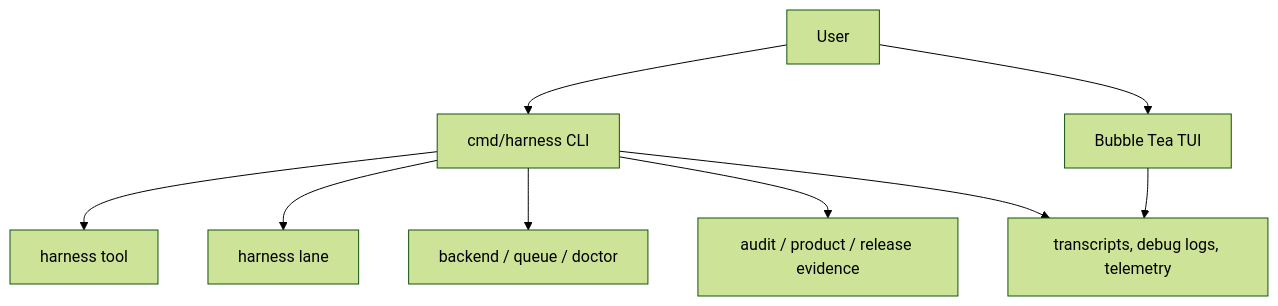
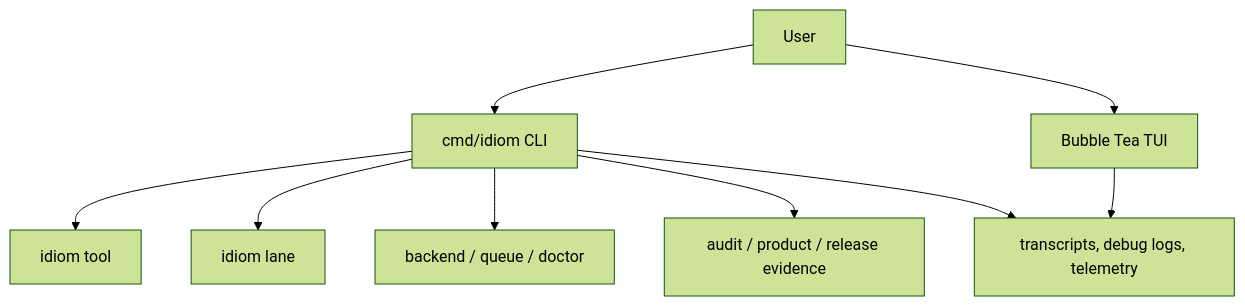
Before and after one commit to BLuchterhand/Idiom: the second of 2 diagrams in docs/obsidian-export/docs/obsidian/19 - CLI TUI and Operator Surface.md, drawn with Mermaid (forest theme). The commit also changed other lines of this file and 972 other files, not shown here.

````diff
--- a/docs/obsidian-export/docs/obsidian/19 - CLI TUI and Operator Surface.md
+++ b/docs/obsidian-export/docs/obsidian/19 - CLI TUI and Operator Surface.md
@@ -104,20 +104,20 @@
 ```mermaid
 flowchart TD
     User["User"]
-    CLI["cmd/harness CLI"]
+    CLI["cmd/idiom CLI"]
     TUI["Bubble Tea TUI"]
-    Tools["harness tool"]
-    Lanes["harness lane"]
+    Tools["idiom tool"]
+    Lanes["idiom lane"]
     Ops["backend / queue / doctor"]
     Evidence["audit / product / release evidence"]
     Logs["transcripts, debug logs, telemetry"]
 
     User --> CLI
     User --> TUI
     CLI --> Tools
     CLI --> Lanes
     CLI --> Ops
     CLI --> Evidence
     TUI --> Logs
     CLI --> Logs
 ```
````
